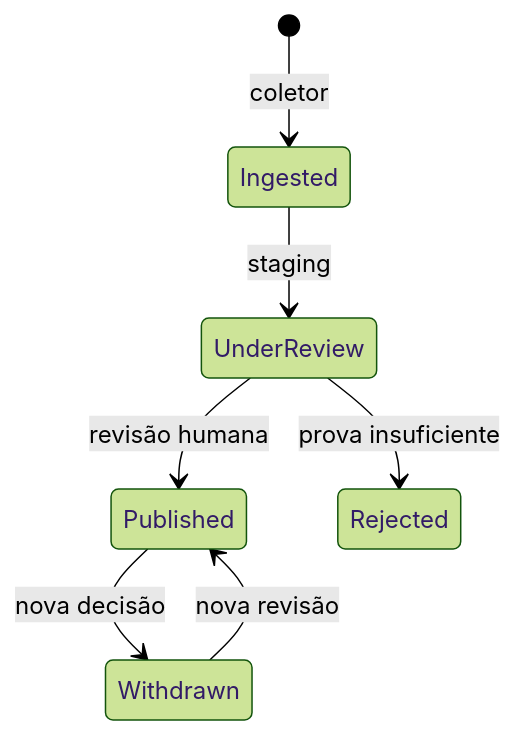
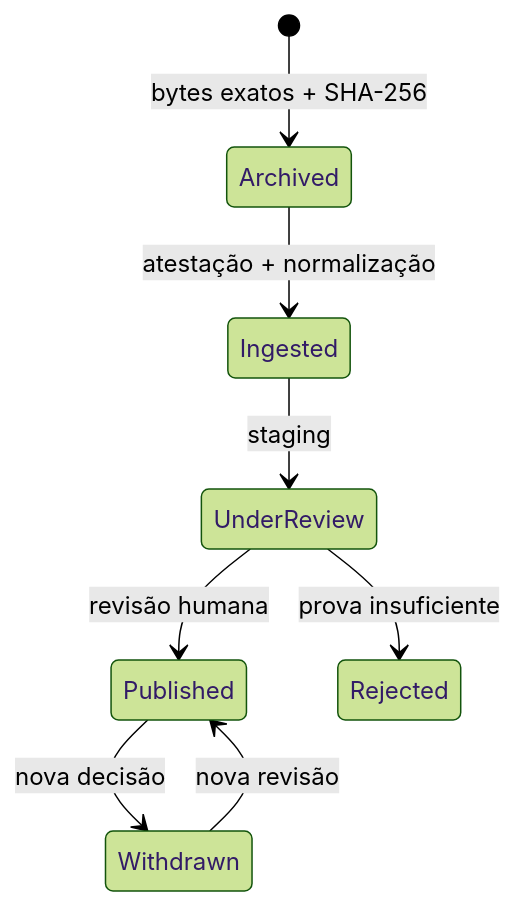
The diagram in docs/V3_LIVE_DATA.md (DxMaxi/transparencia-total-open-source), drawn with Mermaid (forest theme) before and after one commit. The commit also changed other lines of this file and 27 other files, not shown here.

````diff
--- a/docs/V3_LIVE_DATA.md
+++ b/docs/V3_LIVE_DATA.md
@@ -16,9 +18,10 @@
 ```mermaid
 stateDiagram-v2
-  [*] --> Ingested: coletor
+  [*] --> Archived: bytes exatos + SHA-256
+  Archived --> Ingested: atestação + normalização
   Ingested --> UnderReview: staging
   UnderReview --> Published: revisão humana
   UnderReview --> Rejected: prova insuficiente
   Published --> Withdrawn: nova decisão
   Withdrawn --> Published: nova revisão
 ```
````
